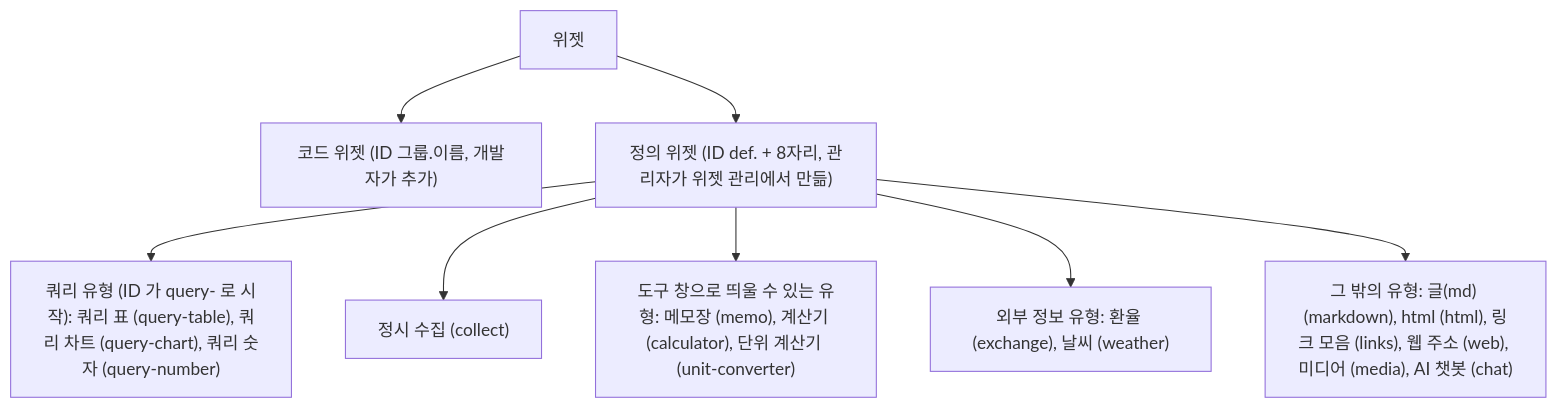
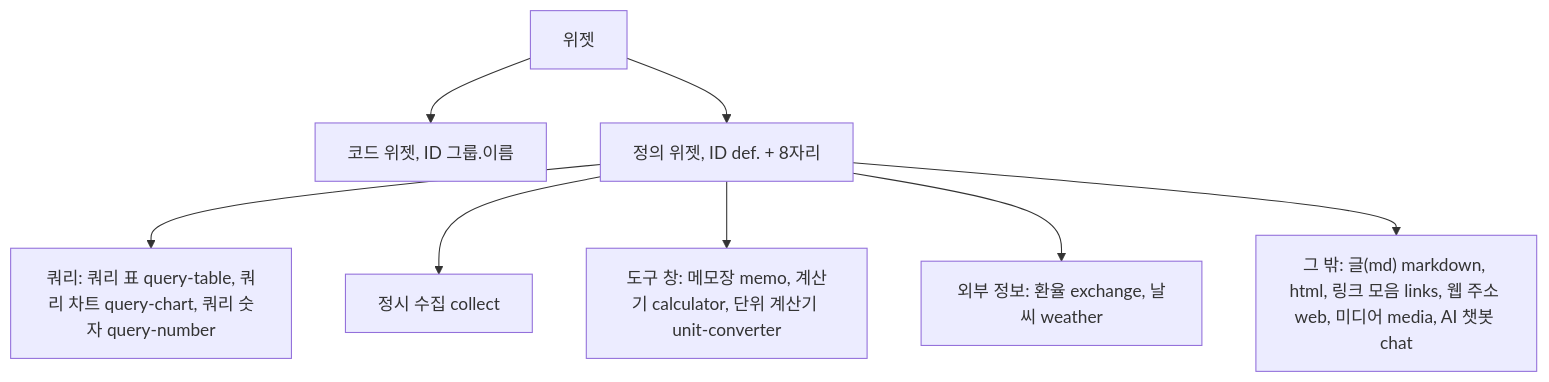
The first of 7 diagrams in docs/guide/FrontEnd/Widget-Authoring-Guide.md (jongik-sv/dmes-standard), drawn with Mermaid before and after one commit. The commit also changed other lines of this file and 1 other file, not shown here.

````diff
--- a/docs/guide/FrontEnd/Widget-Authoring-Guide.md
+++ b/docs/guide/FrontEnd/Widget-Authoring-Guide.md
@@ -45,10 +41,10 @@
 ```mermaid
 flowchart TB
-  W["위젯"] --> C["코드 위젯 (ID 그룹.이름, 개발자가 추가)"]
-  W --> D["정의 위젯 (ID def. + 8자리, 관리자가 위젯 관리에서 만듦)"]
-  D --> Q["쿼리 유형 (ID 가 query- 로 시작): 쿼리 표 (query-table), 쿼리 차트 (query-chart), 쿼리 숫자 (query-number)"]
-  D --> CL["정시 수집 (collect)"]
-  D --> F["도구 창으로 띄울 수 있는 유형: 메모장 (memo), 계산기 (calculator), 단위 계산기 (unit-converter)"]
-  D --> EX["외부 정보 유형: 환율 (exchange), 날씨 (weather)"]
-  D --> O["그 밖의 유형: 글(md) (markdown), html (html), 링크 모음 (links), 웹 주소 (web), 미디어 (media), AI 챗봇 (chat)"]
+  W["위젯"] --> C["코드 위젯, ID 그룹.이름"]
+  W --> D["정의 위젯, ID def. + 8자리"]
+  D --> Q["쿼리: 쿼리 표 query-table, 쿼리 차트 query-chart, 쿼리 숫자 query-number"]
+  D --> CL["정시 수집 collect"]
+  D --> F["도구 창: 메모장 memo, 계산기 calculator, 단위 계산기 unit-converter"]
+  D --> EX["외부 정보: 환율 exchange, 날씨 weather"]
+  D --> O["그 밖: 글(md) markdown, html, 링크 모음 links, 웹 주소 web, 미디어 media, AI 챗봇 chat"]
 ```
````
